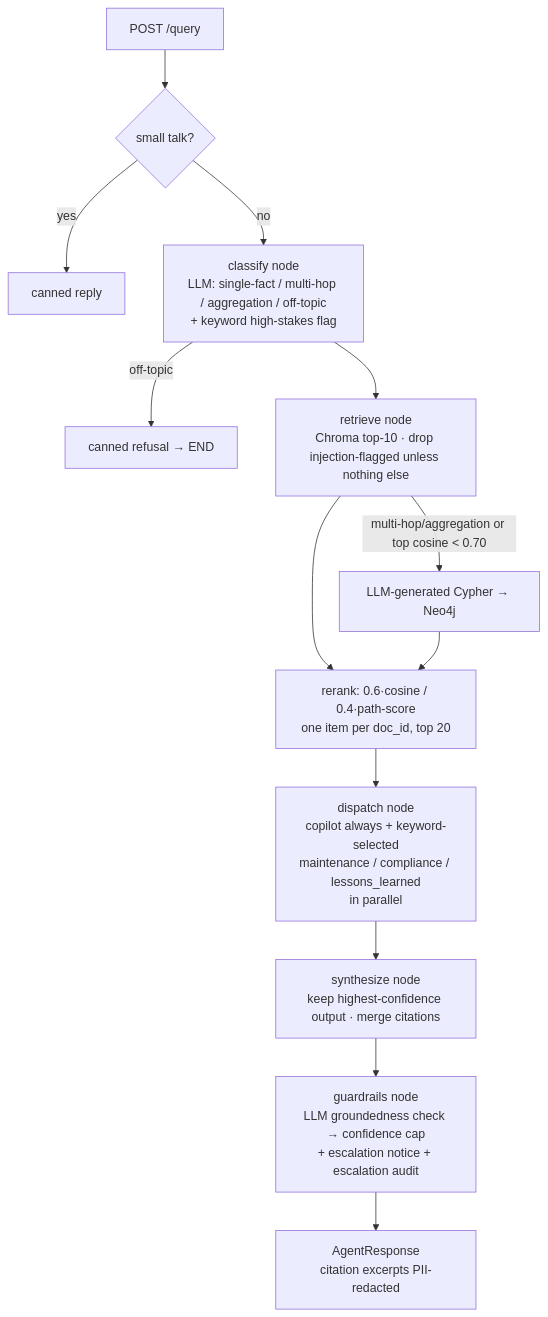
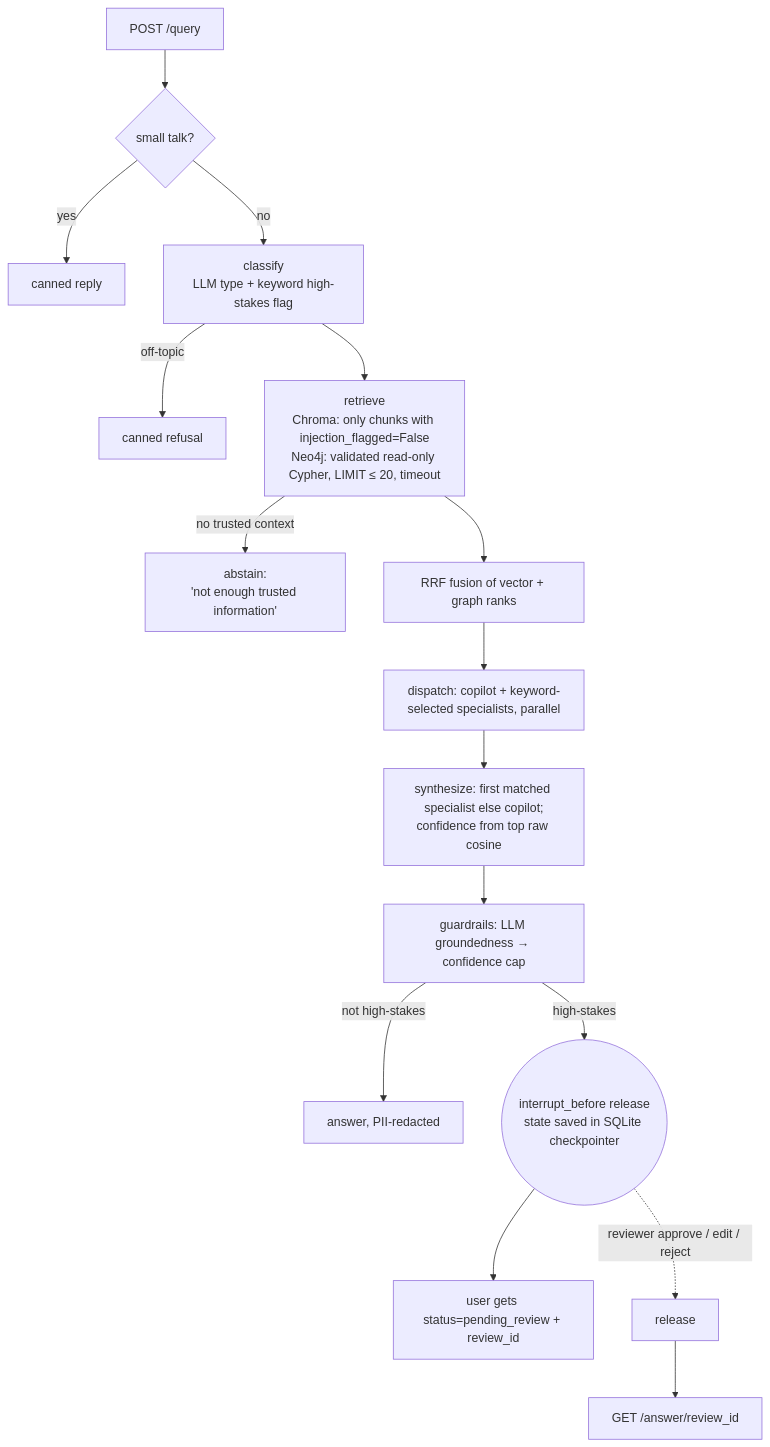
Before and after one commit to VT69/Cerebra-CorpCortex: the second of 2 diagrams in README_DRAFT.md, drawn with Mermaid. The commit also changed other lines of this file and 2 other files, not shown here.

````diff
--- a/README_DRAFT.md
+++ b/README_DRAFT.md
@@ -51,15 +54,17 @@
 ```mermaid
 flowchart TD
     Q[POST /query] --> ST{small talk?}
     ST -- yes --> R0[canned reply]
-    ST -- no --> CL[classify node<br/>LLM: single-fact / multi-hop / aggregation / off-topic<br/>+ keyword high-stakes flag]
-    CL -- off-topic --> R1[canned refusal → END]
-    CL --> RT[retrieve node<br/>Chroma top-10 · drop injection-flagged unless nothing else]
-    RT -- multi-hop/aggregation or top cosine &lt; 0.70 --> GS[LLM-generated Cypher → Neo4j]
-    RT --> RR[rerank: 0.6·cosine / 0.4·path-score<br/>one item per doc_id, top 20]
-    GS --> RR
-    RR --> DS[dispatch node<br/>copilot always + keyword-selected<br/>maintenance / compliance / lessons_learned<br/>in parallel]
-    DS --> SY[synthesize node<br/>keep highest-confidence output · merge citations]
-    SY --> GR[guardrails node<br/>LLM groundedness check → confidence cap<br/>+ escalation notice + escalation audit]
-    GR --> OUT[AgentResponse<br/>citation excerpts PII-redacted]
+    ST -- no --> CL[classify<br/>LLM type + keyword high-stakes flag]
+    CL -- off-topic --> R1[canned refusal]
+    CL --> RT[retrieve<br/>Chroma: only chunks with injection_flagged=False<br/>Neo4j: validated read-only Cypher, LIMIT ≤ 20, timeout]
+    RT -- no trusted context --> AB[abstain:<br/>'not enough trusted information']
+    RT --> RR[RRF fusion of vector + graph ranks]
+    RR --> DS[dispatch: copilot + keyword-selected specialists, parallel]
+    DS --> SY[synthesize: first matched specialist else copilot;<br/>confidence from top raw cosine]
+    SY --> GR[guardrails: LLM groundedness → confidence cap]
+    GR -- not high-stakes --> OUT[answer, PII-redacted]
+    GR -- high-stakes --> INT((interrupt_before release<br/>state saved in SQLite checkpointer))
+    INT --> PEND[user gets status=pending_review + review_id]
+    INT -. reviewer approve / edit / reject .-> REL[release] --> OUT2[GET /answer/review_id]
 ```
````
